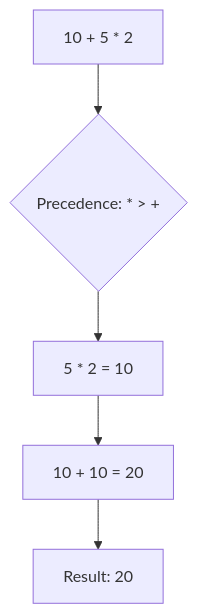
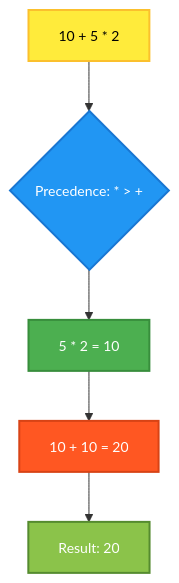
Before and after one commit to infoyouth/infoyouth.github.io: the eighth of 8 diagrams in _posts/2024-11-26-c-operators.md, drawn with Mermaid. The commit also changed other lines of this file and 1 other file, not shown here.

````diff
--- a/_posts/2024-11-26-c-operators.md
+++ b/_posts/2024-11-26-c-operators.md
@@ -1210,7 +1398,14 @@
 ```mermaid
 graph TD
     A[10 + 5 * 2] --> B{Precedence: * > +};
     B --> C[5 * 2 = 10];
     C --> D[10 + 10 = 20];
     D --> E[Result: 20];
+
+    style A fill:#FFEB3B,stroke:#FBC02D,stroke-width:2px,color:#000000,font-size:14px
+    style B fill:#2196F3,stroke:#1976D2,stroke-width:2px,color:#FFFFFF,font-size:14px
+    style C fill:#4CAF50,stroke:#388E3C,stroke-width:2px,color:#FFFFFF,font-size:14px
+    style D fill:#FF5722,stroke:#D84315,stroke-width:2px,color:#FFFFFF,font-size:14px
+    style E fill:#8BC34A,stroke:#558B2F,stroke-width:2px,color:#FFFFFF,font-size:14px
+
 ```
````
